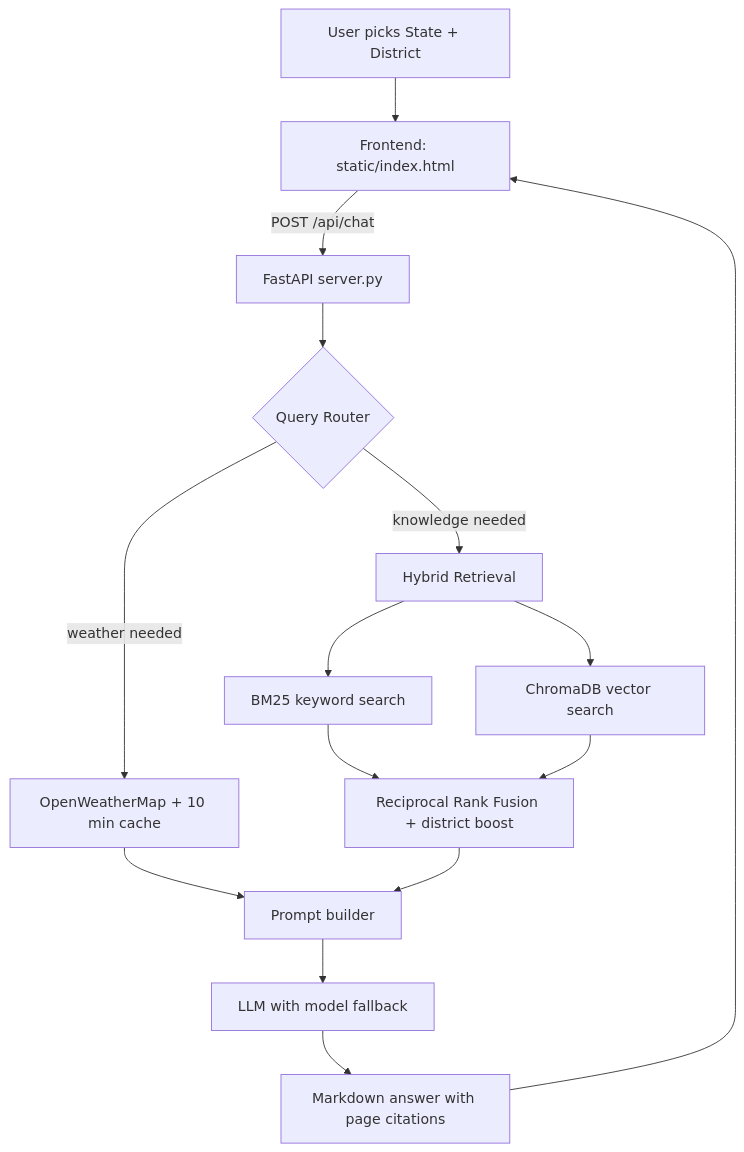
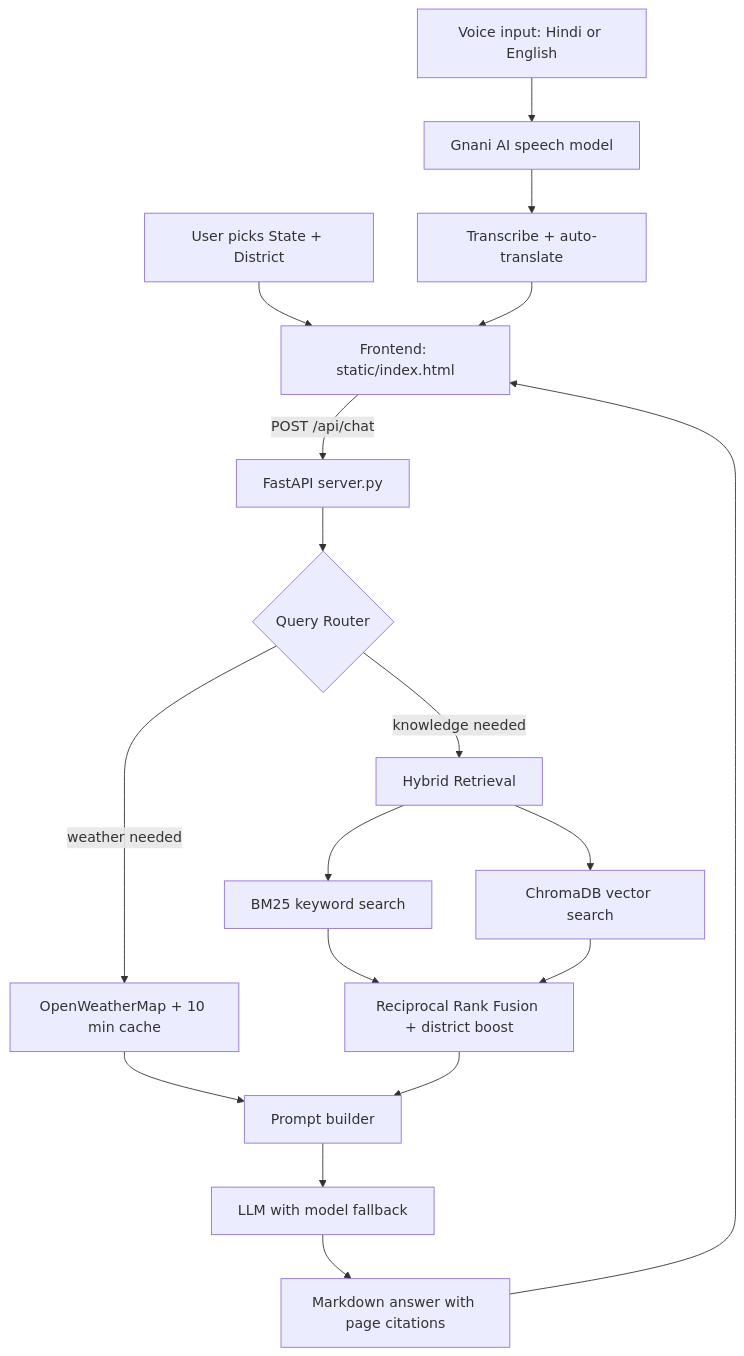
One commit to Kxbir31/AgroSense changed the diagram in README.md. Above: the diagram before and after it, drawn with Mermaid. The commit also changed other lines of this file, not shown here.

````diff
--- a/README.md
+++ b/README.md
@@ -33,17 +34,20 @@
 ```mermaid
 flowchart TD
     A[User picks State + District] --> B[Frontend: static/index.html]
+    V[Voice input: Hindi or English] --> G1[Gnani AI speech model]
+    G1 --> T[Transcribe + auto-translate]
+    T --> B
     B -->|POST /api/chat| C[FastAPI server.py]
     C --> D{Query Router}
     D -->|weather needed| E[OpenWeatherMap + 10 min cache]
     D -->|knowledge needed| F[Hybrid Retrieval]
     F --> F1[BM25 keyword search]
     F --> F2[ChromaDB vector search]
     F1 --> G[Reciprocal Rank Fusion + district boost]
     F2 --> G
     E --> H[Prompt builder]
     G --> H
-    H --> I[ LLM with model fallback]
+    H --> I[LLM with model fallback]
     I --> J[Markdown answer with page citations]
     J --> B
 ```
````
